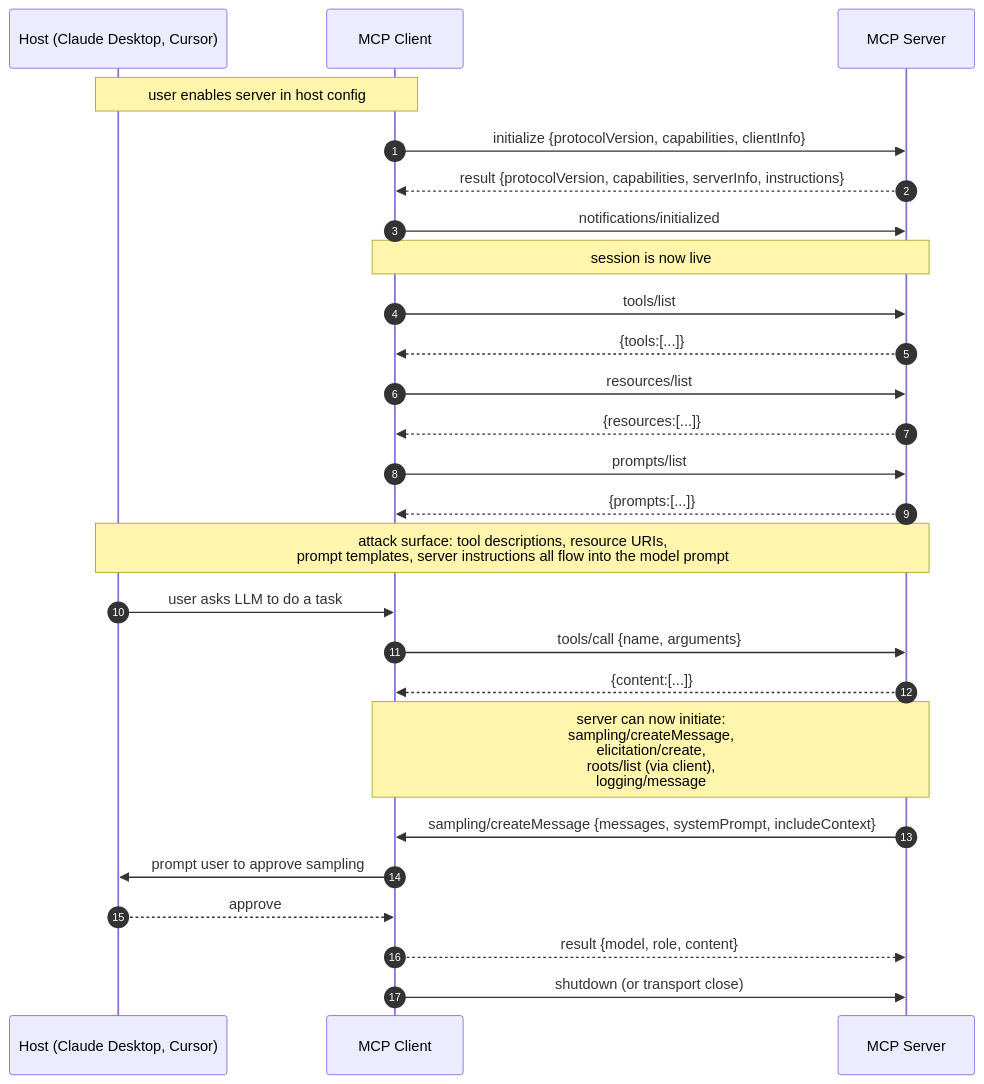
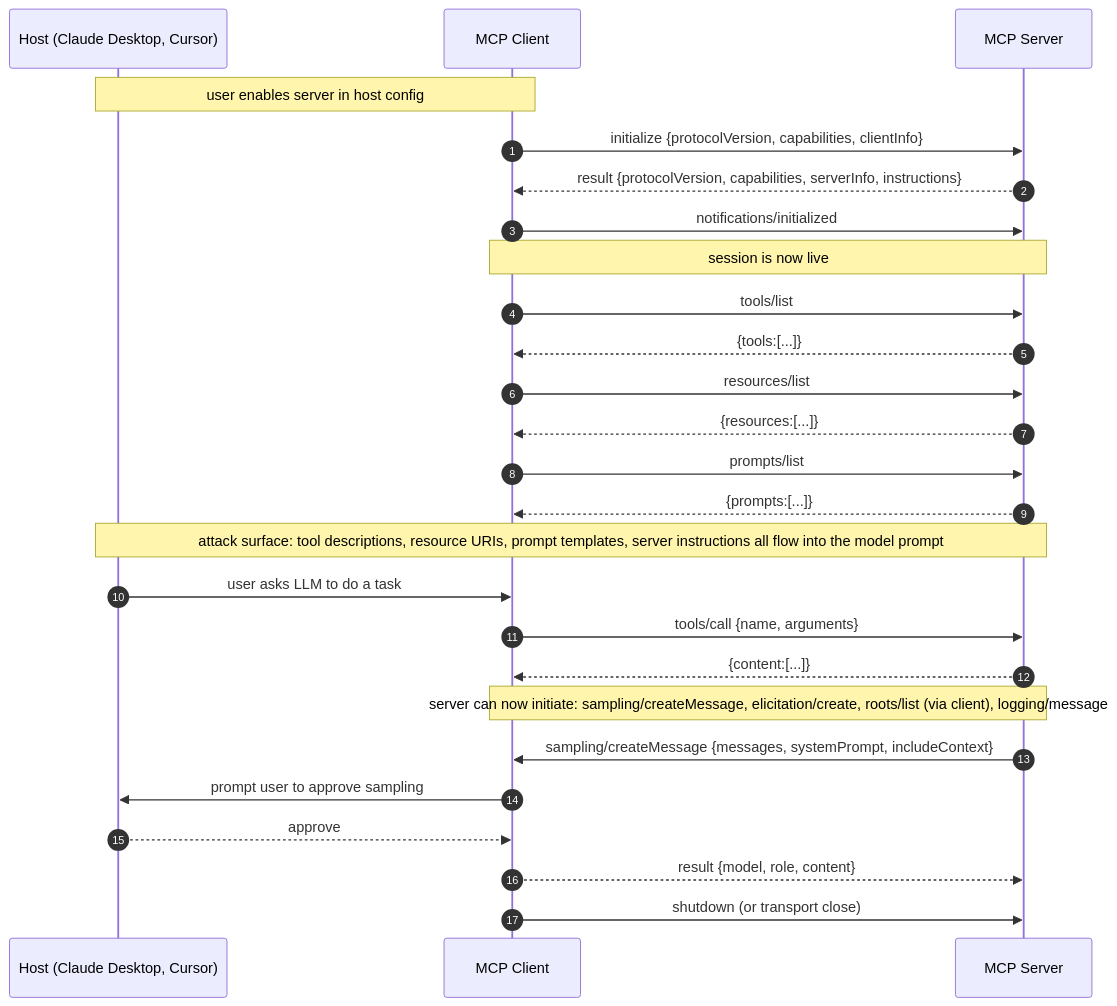
Before and after one commit to rcha0s/awesome-appsec-interview: the first of 2 diagrams in docs/55-mcp-protocol-deep.md, drawn with Mermaid. The commit also changed 15 other files, not shown here.

First line of the commit message:
fix(mermaid): replace <br/> in sequenceDiagram Note statements to fix GitHub parse errors

````diff
--- a/docs/55-mcp-protocol-deep.md
+++ b/docs/55-mcp-protocol-deep.md
@@ -123,28 +123,28 @@
 ```mermaid
 sequenceDiagram
     autonumber
     participant H as Host (Claude Desktop, Cursor)
     participant C as MCP Client
     participant S as MCP Server
     Note over H,C: user enables server in host config
     C->>S: initialize {protocolVersion, capabilities, clientInfo}
     S-->>C: result {protocolVersion, capabilities, serverInfo, instructions}
     C->>S: notifications/initialized
     Note over C,S: session is now live
     C->>S: tools/list
     S-->>C: {tools:[...]}
     C->>S: resources/list
     S-->>C: {resources:[...]}
     C->>S: prompts/list
     S-->>C: {prompts:[...]}
-    Note over H,S: attack surface: tool descriptions, resource URIs,<br/> prompt templates, server instructions all flow into the model prompt
+    Note over H,S: attack surface: tool descriptions, resource URIs, prompt templates, server instructions all flow into the model prompt
     H->>C: user asks LLM to do a task
     C->>S: tools/call {name, arguments}
     S-->>C: {content:[...]}
-    Note over S,C: server can now initiate:<br/> sampling/createMessage,<br/> elicitation/create,<br/> roots/list (via client),<br/> logging/message
+    Note over S,C: server can now initiate: sampling/createMessage, elicitation/create, roots/list (via client), logging/message
     S->>C: sampling/createMessage {messages, systemPrompt, includeContext}
     C->>H: prompt user to approve sampling
     H-->>C: approve
     C-->>S: result {model, role, content}
     C->>S: shutdown (or transport close)
 ```
````
